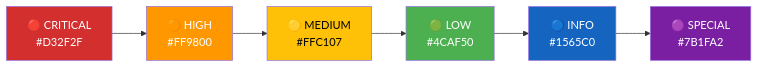
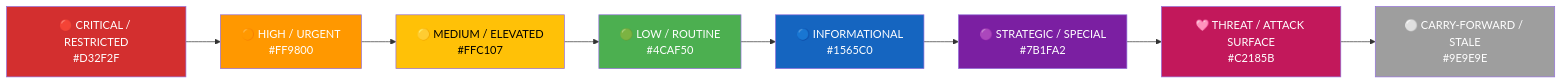
Before and after one commit to Hack23/riksdagsmonitor: the third of 4 diagrams in analysis/methodologies/ai-driven-analysis-guide.md, drawn with Mermaid. The commit also changed other lines of this file and 17 other files, not shown here.

````diff
--- a/analysis/methodologies/ai-driven-analysis-guide.md
+++ b/analysis/methodologies/ai-driven-analysis-guide.md
@@ -541,15 +269,19 @@
 ```mermaid
 graph LR
-    A["🔴 CRITICAL<br/>#D32F2F"] --> B["🟠 HIGH<br/>#FF9800"]
-    B --> C["🟡 MEDIUM<br/>#FFC107"]
-    C --> D["🟢 LOW<br/>#4CAF50"]
-    D --> E["🔵 INFO<br/>#1565C0"]
-    E --> F["🟣 SPECIAL<br/>#7B1FA2"]
-    
+    A["🔴 CRITICAL / RESTRICTED<br/>#D32F2F"] --> B["🟠 HIGH / URGENT<br/>#FF9800"]
+    B --> C["🟡 MEDIUM / ELEVATED<br/>#FFC107"]
+    C --> D["🟢 LOW / ROUTINE<br/>#4CAF50"]
+    D --> E["🔵 INFORMATIONAL<br/>#1565C0"]
+    E --> F["🟣 STRATEGIC / SPECIAL<br/>#7B1FA2"]
+    F --> G["🩷 THREAT / ATTACK SURFACE<br/>#C2185B"]
+    G --> H["⚪ CARRY-FORWARD / STALE<br/>#9E9E9E"]
+
     style A fill:#D32F2F,color:#FFFFFF
     style B fill:#FF9800,color:#FFFFFF
     style C fill:#FFC107,color:#000000
     style D fill:#4CAF50,color:#FFFFFF
     style E fill:#1565C0,color:#FFFFFF
     style F fill:#7B1FA2,color:#FFFFFF
+    style G fill:#C2185B,color:#FFFFFF
+    style H fill:#9E9E9E,color:#FFFFFF
 ```
````
